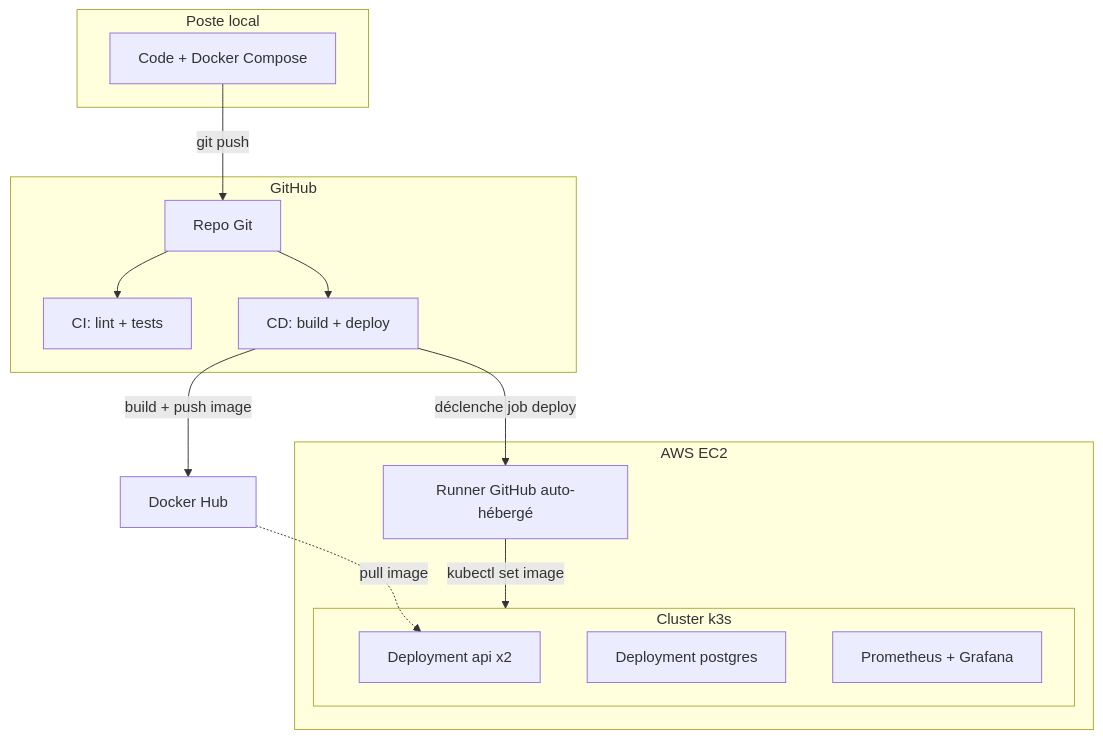
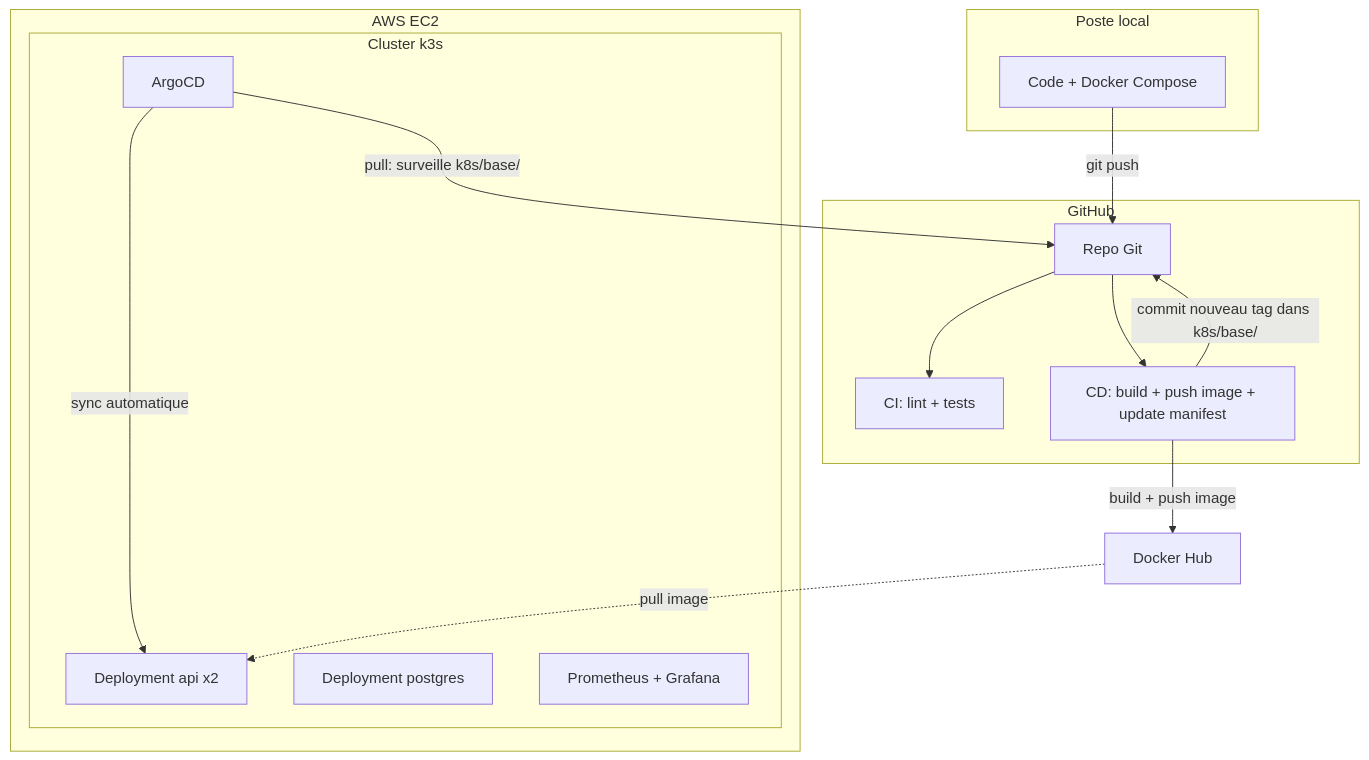
Before and after one commit to MT-DAKT/devops-starter-kit: the diagram in docs/ARCHITECTURE.md, drawn with Mermaid. The commit also changed other lines of this file and 4 other files, not shown here.

Commit message:
chore: met à jour docs et scripts pour GitOps/ArgoCD

````diff
--- a/docs/ARCHITECTURE.md
+++ b/docs/ARCHITECTURE.md
@@ -7,28 +5,29 @@
 ```mermaid
 flowchart TB
     subgraph Local["Poste local"]
         Dev[Code + Docker Compose]
     end
     subgraph GH["GitHub"]
         Repo[Repo Git]
         CI[CI: lint + tests]
-        CD[CD: build + deploy]
+        CD[CD: build + push image + update manifest]
     end
     subgraph AWS["AWS EC2"]
-        Runner[Runner GitHub auto-hébergé]
         subgraph K3s["Cluster k3s"]
+            Argo[ArgoCD]
             API[Deployment api x2]
             PG[Deployment postgres]
             Mon[Prometheus + Grafana]
         end
     end
     Hub[Docker Hub]
 
     Dev -->|git push| Repo
     Repo --> CI
     Repo --> CD
     CD -->|build + push image| Hub
-    CD -->|déclenche job deploy| Runner
-    Runner -->|kubectl set image| K3s
+    CD -->|commit nouveau tag dans k8s/base/| Repo
+    Argo -->|pull: surveille k8s/base/| Repo
+    Argo -->|sync automatique| API
     Hub -.pull image.-> API
 ```
````
